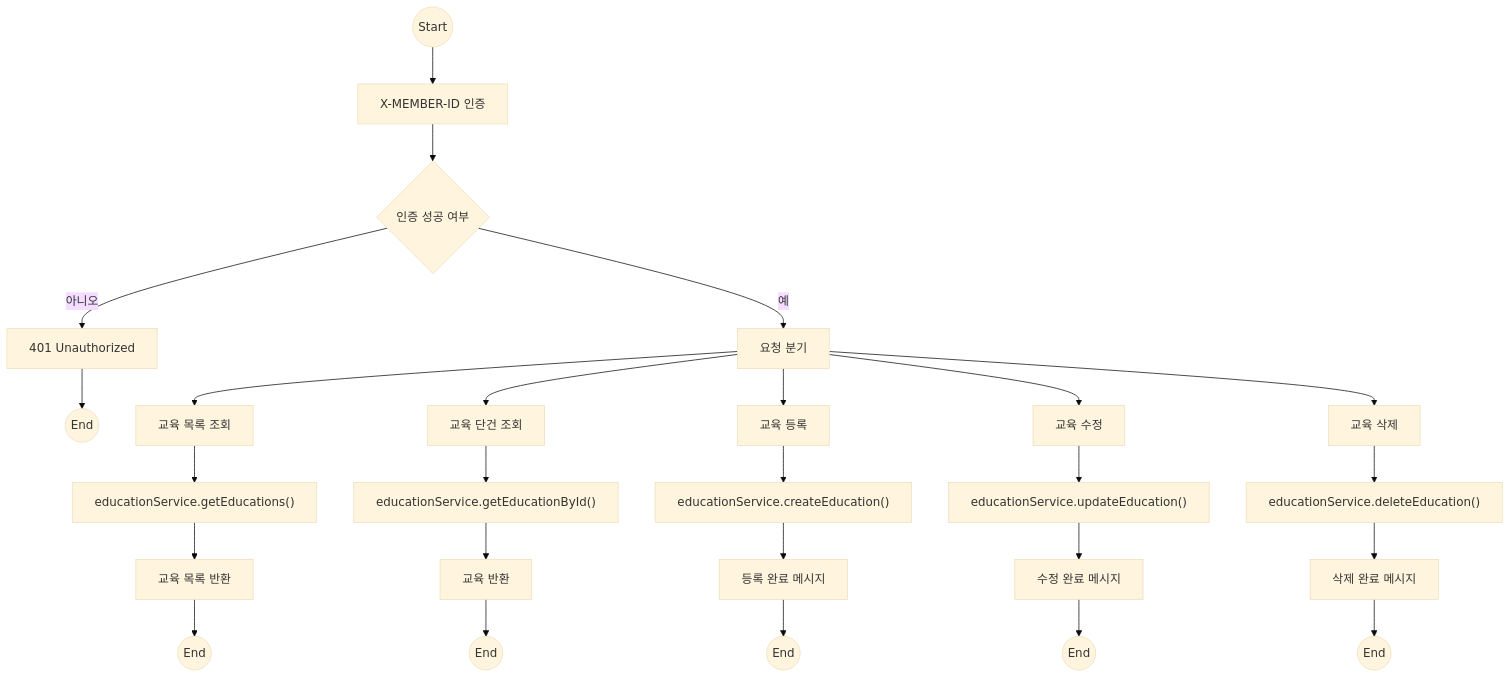
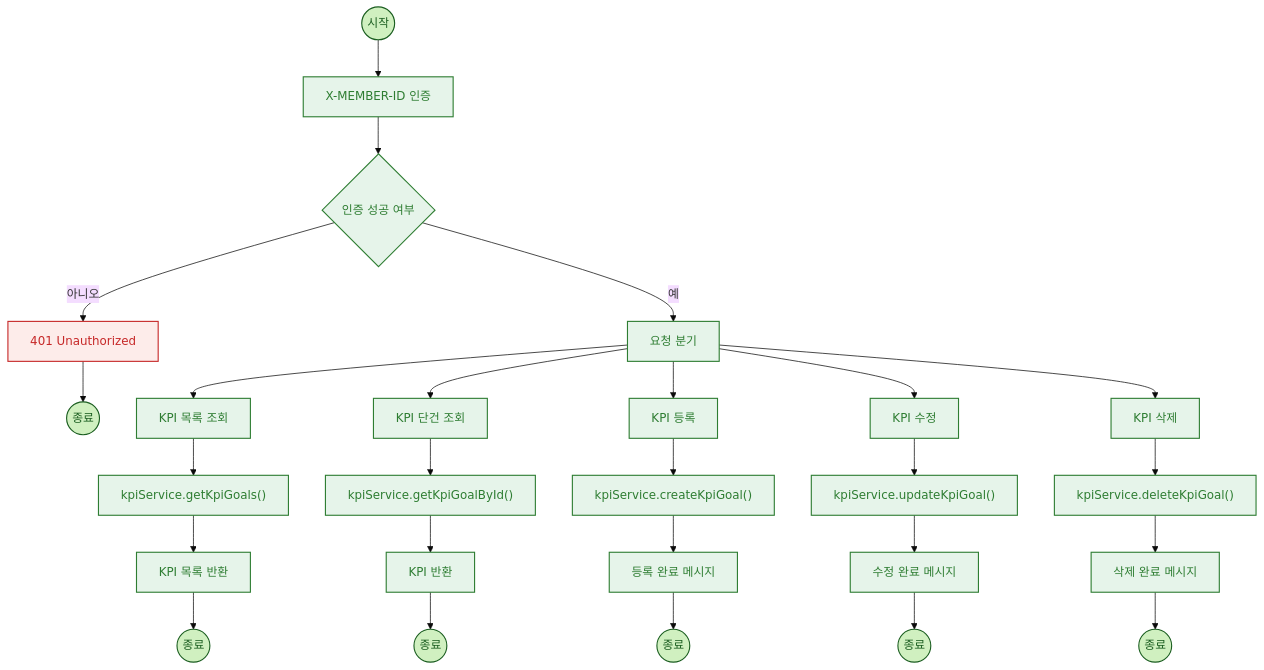
One commit to NextSpringMysqlMSA/tcfd-service changed the third of 7 diagrams in README.md. Above: the diagram before and after it, drawn with Mermaid (base theme). The commit also changed other lines of this file, not shown here.

````diff
--- a/README.md
+++ b/README.md
@@ -95,40 +109,54 @@
 ```mermaid
 flowchart TD
+    %% 스타일 정의 
+    classDef process fill:#e6f4ea,stroke:#2e7d32,stroke-width:1.5px,color:#2e7d32
+    classDef decision fill:#e6f4ea,stroke:#2e7d32,stroke-width:1.5px,color:#2e7d32
+    classDef endpoint fill:#d0f0c0,stroke:#1b5e20,stroke-width:1.5px,color:#1b5e20
+    classDef service fill:#e6f4ea,stroke:#2e7d32,stroke-width:1.5px,color:#2e7d32
+    classDef response fill:#e6f4ea,stroke:#2e7d32,stroke-width:1.5px,color:#2e7d32
+    classDef error fill:#fdecea,stroke:#c62828,stroke-width:1.5px,color:#c62828
 
-%% 공통 시작 및 인증 처리
-    Start((Start))
-    Start --> Auth["X-MEMBER-ID 인증"]
+    %% 공통 시작 및 인증 처리
+    Start((시작)) --> Auth["X-MEMBER-ID 인증"]
     Auth --> AuthCheck{"인증 성공 여부"}
-    AuthCheck -- "아니오" --> Error401["401 Unauthorized"] --> EndErr((End))
+    AuthCheck -- "아니오" --> Error401["401 Unauthorized"] --> EndErr((종료))
     AuthCheck -- "예" --> Router["요청 분기"]
 
-%% 교육 목록 조회
-    Router --> GetList["교육 목록 조회"]
-    GetList --> SvcList["educationService.getEducations()"]
-    SvcList --> RespList["교육 목록 반환"]
-    RespList --> End1((End))
+    %% KPI 목록 조회
+    Router --> GetList["KPI 목록 조회"]
+    GetList --> SvcList["kpiService.getKpiGoals()"]
+    SvcList --> RespList["KPI 목록 반환"]
+    RespList --> End1((종료))
 
-%% 교육 단건 조회
-    Router --> GetOne["교육 단건 조회"]
-    GetOne --> SvcOne["educationService.getEducationById()"]
-    SvcOne --> RespOne["교육 반환"]
-    RespOne --> End2((End))
+    %% KPI 단건 조회
+    Router --> GetOne["KPI 단건 조회"]
+    GetOne --> SvcOne["kpiService.getKpiGoalById()"]
+    SvcOne --> RespOne["KPI 반환"]
+    RespOne --> End2((종료))
 
-%% 교육 등록
-    Router --> Create["교육 등록"]
-    Create --> SvcCreate["educationService.createEducation()"]
+    %% KPI 등록
+    Router --> Create["KPI 등록"]
+    Create --> SvcCreate["kpiService.createKpiGoal()"]
     SvcCreate --> RespCreate["등록 완료 메시지"]
-    RespCreate --> End3((End))
+    RespCreate --> End3((종료))
 
-%% 교육 수정
-    Router --> Update["교육 수정"]
-    Update --> SvcUpdate["educationService.updateEducation()"]
+    %% KPI 수정
+    Router --> Update["KPI 수정"]
+    Update --> SvcUpdate["kpiService.updateKpiGoal()"]
     SvcUpdate --> RespUpdate["수정 완료 메시지"]
-    RespUpdate --> End4((End))
-
-%% 교육 삭제
-    Router --> Delete["교육 삭제"]
-    Delete --> SvcDelete["educationService.deleteEducation()"]
+    RespUpdate --> End4((종료))
+    
+    %% KPI 삭제
+    Router --> Delete["KPI 삭제"]
+    Delete --> SvcDelete["kpiService.deleteKpiGoal()"]
     SvcDelete --> RespDelete["삭제 완료 메시지"]
-    RespDelete --> End5((End))
+    RespDelete --> End5((종료))
+    
+    %% 스타일 적용
+    class Start,End1,End2,End3,End4,End5,EndErr endpoint
+    class Auth,GetList,GetOne,Create,Update,Delete,Router process
+    class AuthCheck decision
+    class SvcList,SvcOne,SvcCreate,SvcUpdate,SvcDelete service
+    class RespList,RespOne,RespCreate,RespUpdate,RespDelete response
+    class Error401 error
 ```
````
